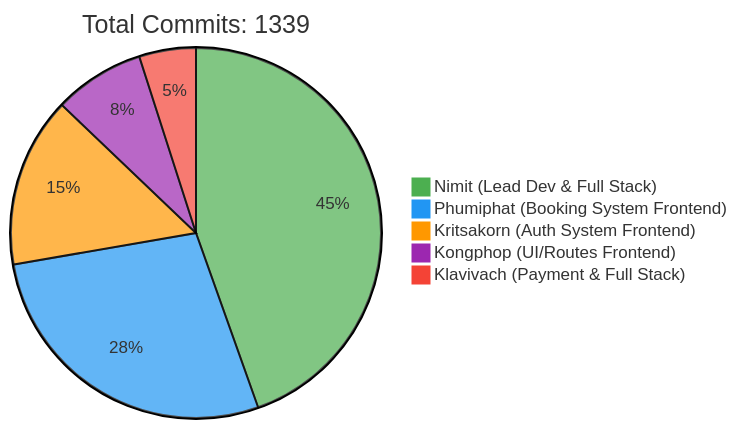
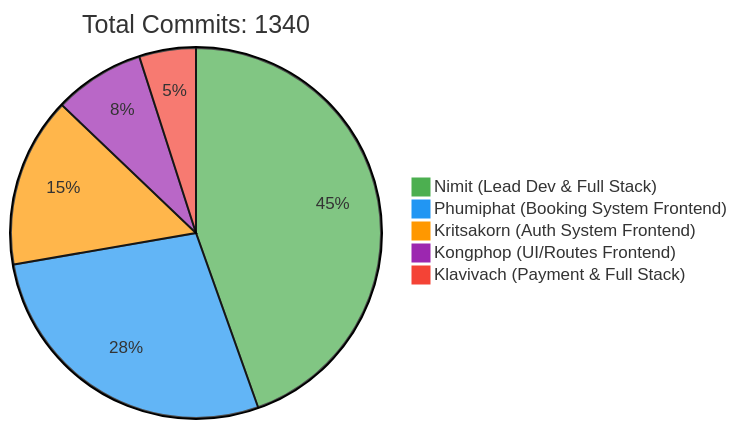
Before and after one commit to 6531503042/Sport-Complex: the first of 2 diagrams in README.md, drawn with Mermaid. The commit also changed other lines of this file, not shown here.

Commit message:
docs: Update contributor statistics [skip ci]

````diff
--- a/README.md
+++ b/README.md
@@ -257,10 +257,10 @@
 ```mermaid
 %%{init: {'theme': 'base', 'themeVariables': { 'pie1': '#4CAF50', 'pie2': '#2196F3', 'pie3': '#FF9800', 'pie4': '#9C27B0', 'pie5': '#F44336'}}}%%
 pie
-    title Total Commits: 1339
+    title Total Commits: 1340
     "Nimit (Lead Dev & Full Stack)" : 450
     "Phumiphat (Booking System Frontend)" : 280
     "Kritsakorn (Auth System Frontend)" : 150
     "Kongphop (UI/Routes Frontend)" : 80
     "Klavivach (Payment & Full Stack)" : 50
 ```
````
